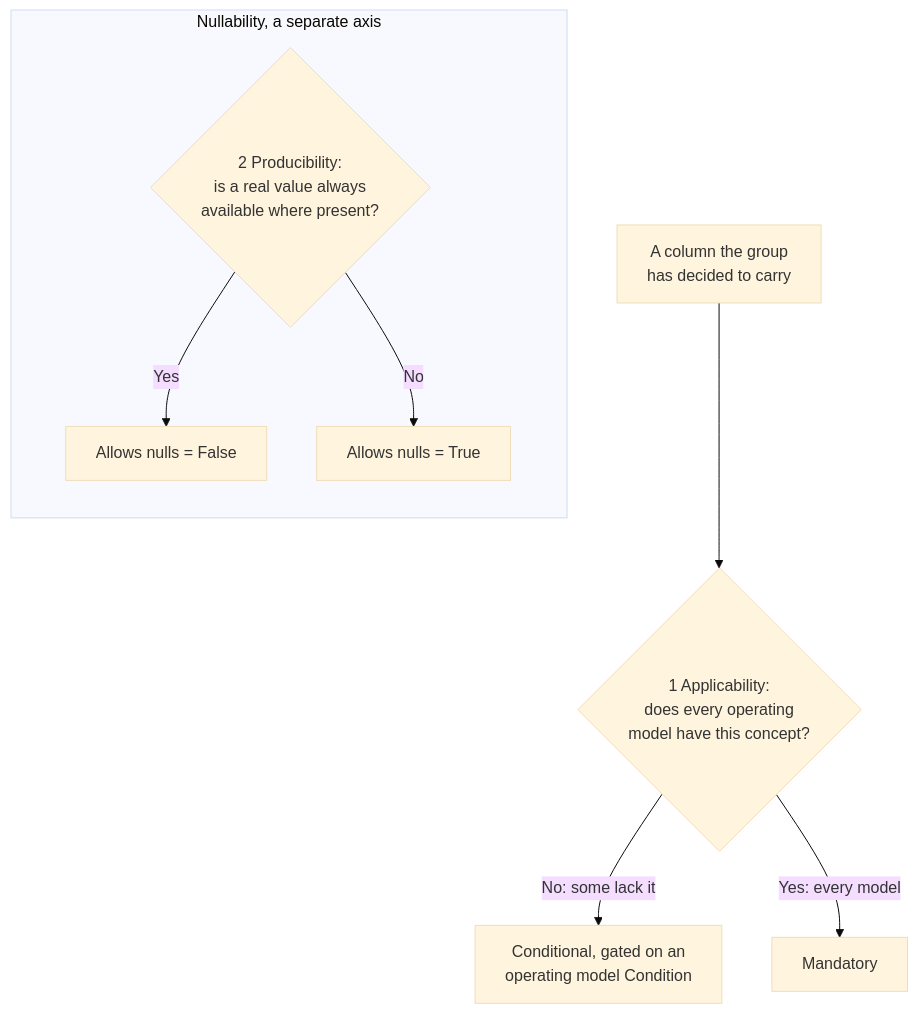
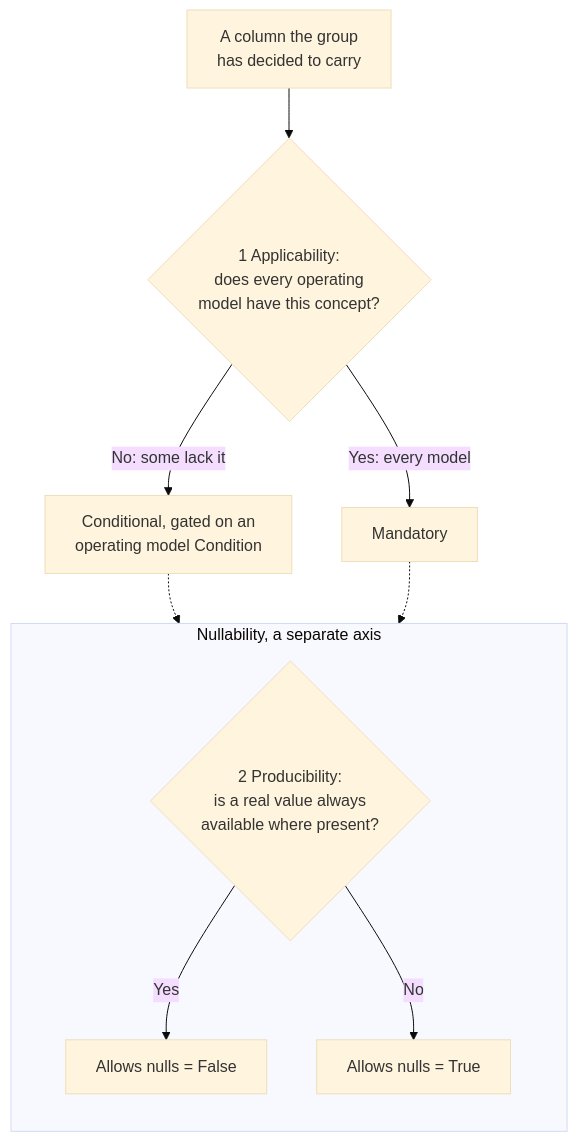
The diagram in guidelines/contributors/feature-level-rubric-guidelines.md (FinOps-Open-Cost-and-Usage-Spec/FOCUS_Spec), drawn with Mermaid (base theme) before and after one commit. The commit also changed other lines of this file and 1 other file, not shown here.

````diff
--- a/guidelines/contributors/feature-level-rubric-guidelines.md
+++ b/guidelines/contributors/feature-level-rubric-guidelines.md
@@ -103,11 +103,13 @@
 ```mermaid
 flowchart TD
     A["A column the group<br/>has decided to carry"] --> E{"1 Applicability:<br/>does every operating<br/>model have this concept?"}
     E -->|"No: some lack it"| CD["Conditional, gated on an<br/>operating model Condition"]
     E -->|"Yes: every model"| M["Mandatory"]
     subgraph NUL["Nullability, a separate axis"]
         direction TB
         P{"2 Producibility:<br/>is a real value always<br/>available where present?"} -->|"Yes"| NF["Allows nulls = False"]
         P -->|"No"| NT["Allows nulls = True"]
     end
+    CD -.-> P
+    M -.-> P
 ```
````
